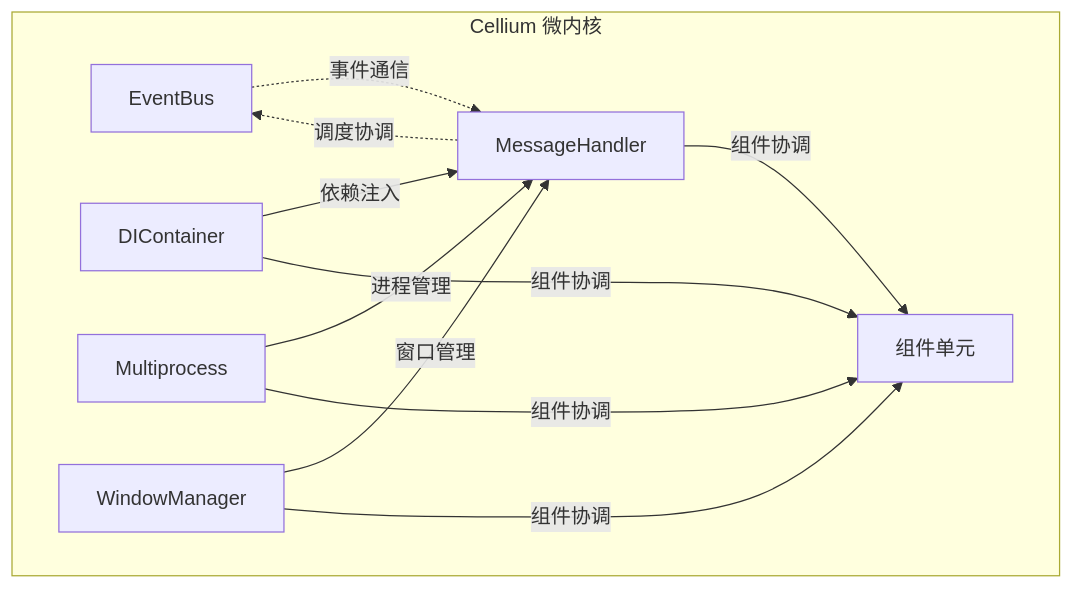
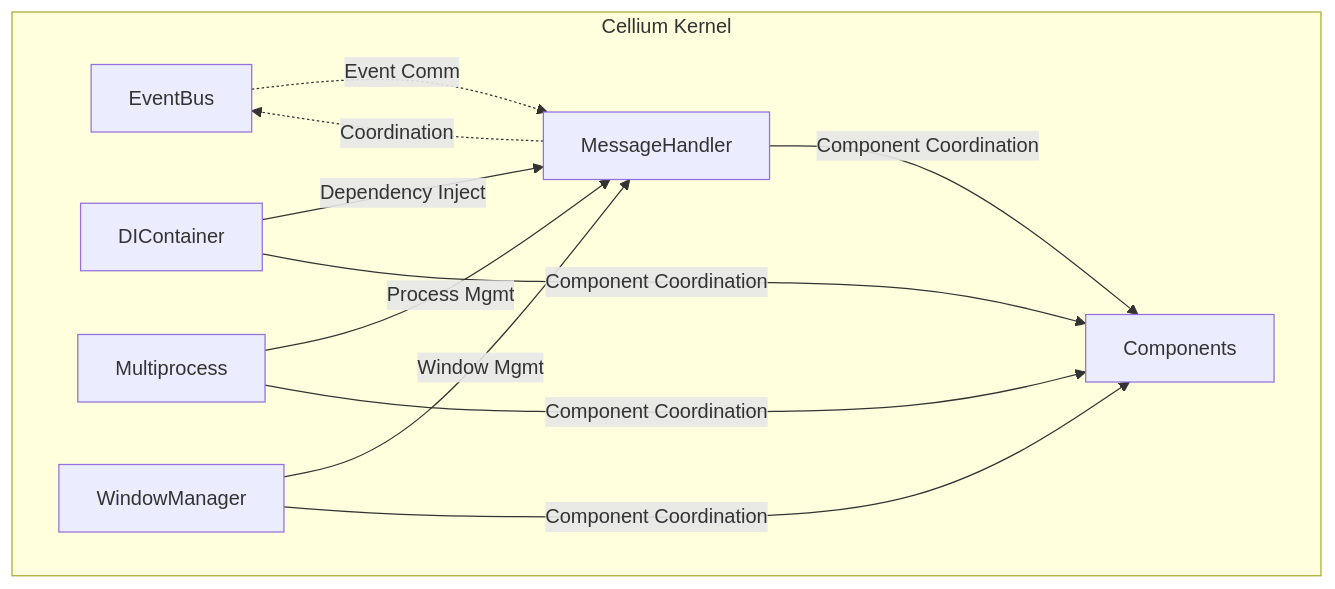
One commit to xiaojinao/Cellium changed the fourth of 4 diagrams in README.md. Above: the diagram before and after it, drawn with Mermaid. The commit also changed other lines of this file, not shown here.

First line of the commit message:
docs: 更新README中的英文术语和流程图描述

````diff
--- a/README.md
+++ b/README.md
@@ -283,20 +283,20 @@
 ```mermaid
 flowchart TB
-    subgraph Kernel["Cellium 微内核"]
+    subgraph Kernel["Cellium Kernel"]
         EB["EventBus"]
         MH["MessageHandler"]
         DI["DIContainer"]
         MP["Multiprocess"]
         WM["WindowManager"]
-        Components["组件单元"]
+        Components["Components"]
     end
 
-    MH -.->|"调度协调"| EB
-    EB -.->|"事件通信"| MH
-    
-    DI -->|"依赖注入"| MH
-    MP -->|"进程管理"| MH
-    WM -->|"窗口管理"| MH
-    
-    MH & DI & MP & WM -->|"组件协调"| Components
+    MH -.->|"Coordination"| EB
+    EB -.->|"Event Comm"| MH
+
+    DI -->|"Dependency Inject"| MH
+    MP -->|"Process Mgmt"| MH
+    WM -->|"Window Mgmt"| MH
+
+    MH & DI & MP & WM -->|"Component Coordination"| Components
 ```
````
